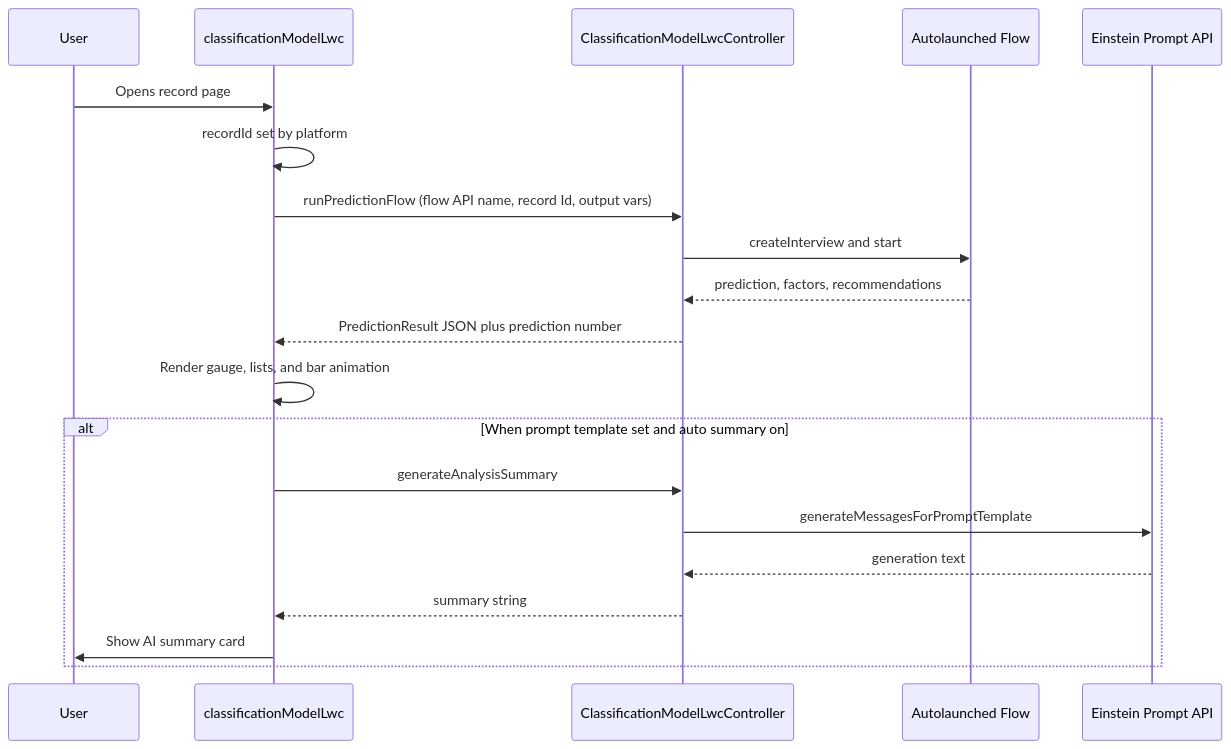
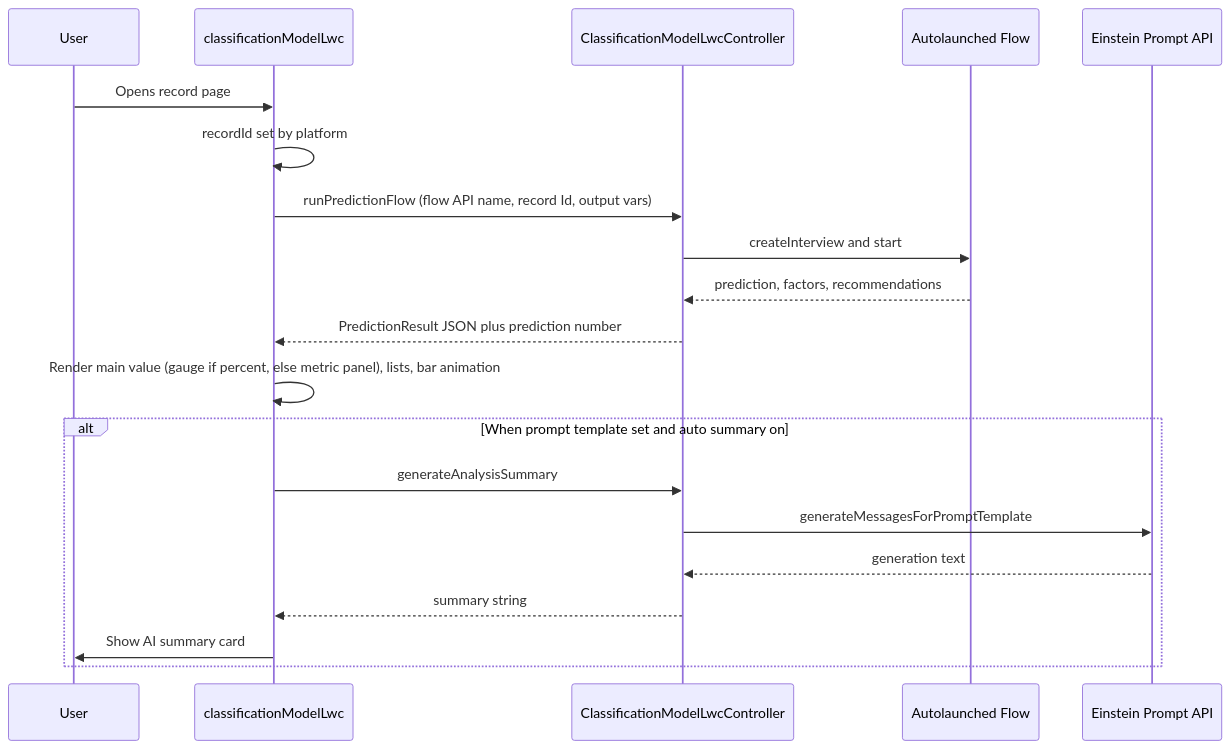
Before and after one commit to josers18/JDO: the first of 2 diagrams in DC_Prediction_Model_LWC/docs/ARCHITECTURE.md, drawn with Mermaid. The commit also changed other lines of this file and 9 other files, not shown here.

First line of the commit message:
docs: sync all guides with prediction formats and metric panel UI

````diff
--- a/DC_Prediction_Model_LWC/docs/ARCHITECTURE.md
+++ b/DC_Prediction_Model_LWC/docs/ARCHITECTURE.md
@@ -20,24 +20,24 @@
 ```mermaid
 sequenceDiagram
     participant User
     participant LWC as classificationModelLwc
     participant Apex as ClassificationModelLwcController
     participant Flow as Autolaunched Flow
     participant LLM as Einstein Prompt API
 
     User->>LWC: Opens record page
     LWC->>LWC: recordId set by platform
     LWC->>Apex: runPredictionFlow (flow API name, record Id, output vars)
     Apex->>Flow: createInterview and start
     Flow-->>Apex: prediction, factors, recommendations
     Apex-->>LWC: PredictionResult JSON plus prediction number
-    LWC->>LWC: Render gauge, lists, and bar animation
+    LWC->>LWC: Render main value (gauge if percent, else metric panel), lists, bar animation
 
     alt When prompt template set and auto summary on
         LWC->>Apex: generateAnalysisSummary
         Apex->>LLM: generateMessagesForPromptTemplate
         LLM-->>Apex: generation text
         Apex-->>LWC: summary string
         LWC->>User: Show AI summary card
     end
 ```
````
